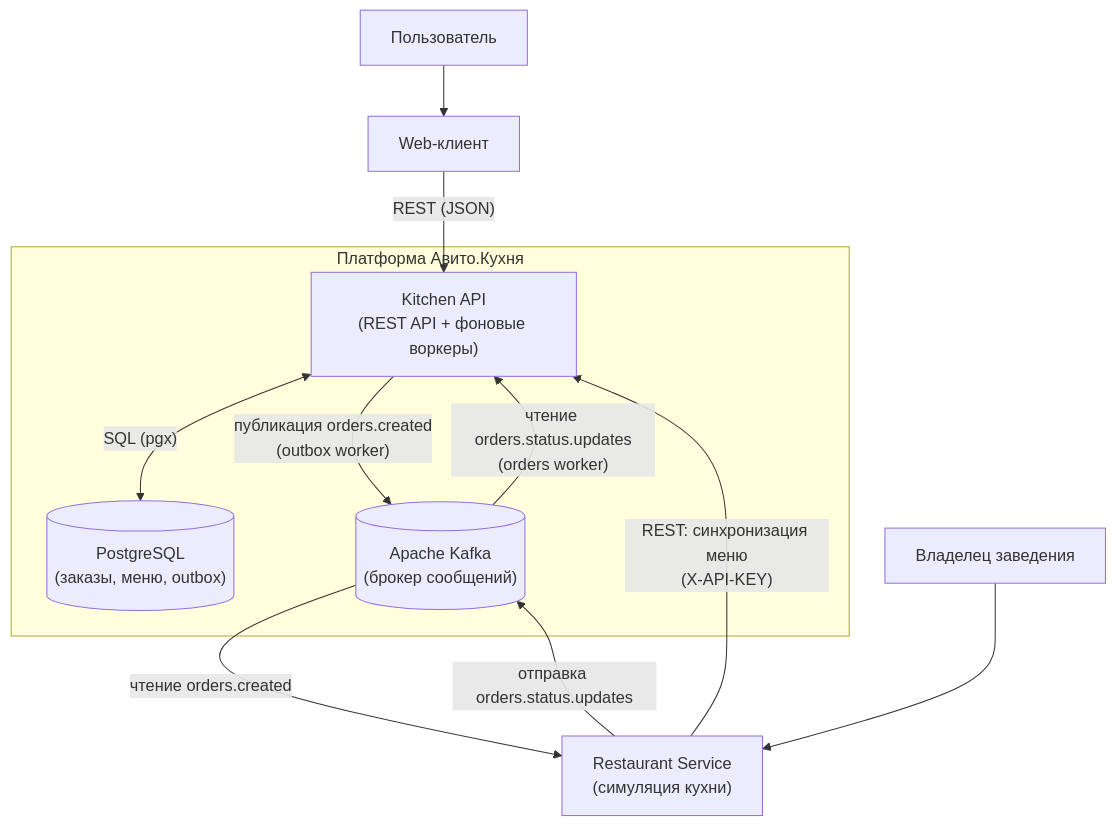
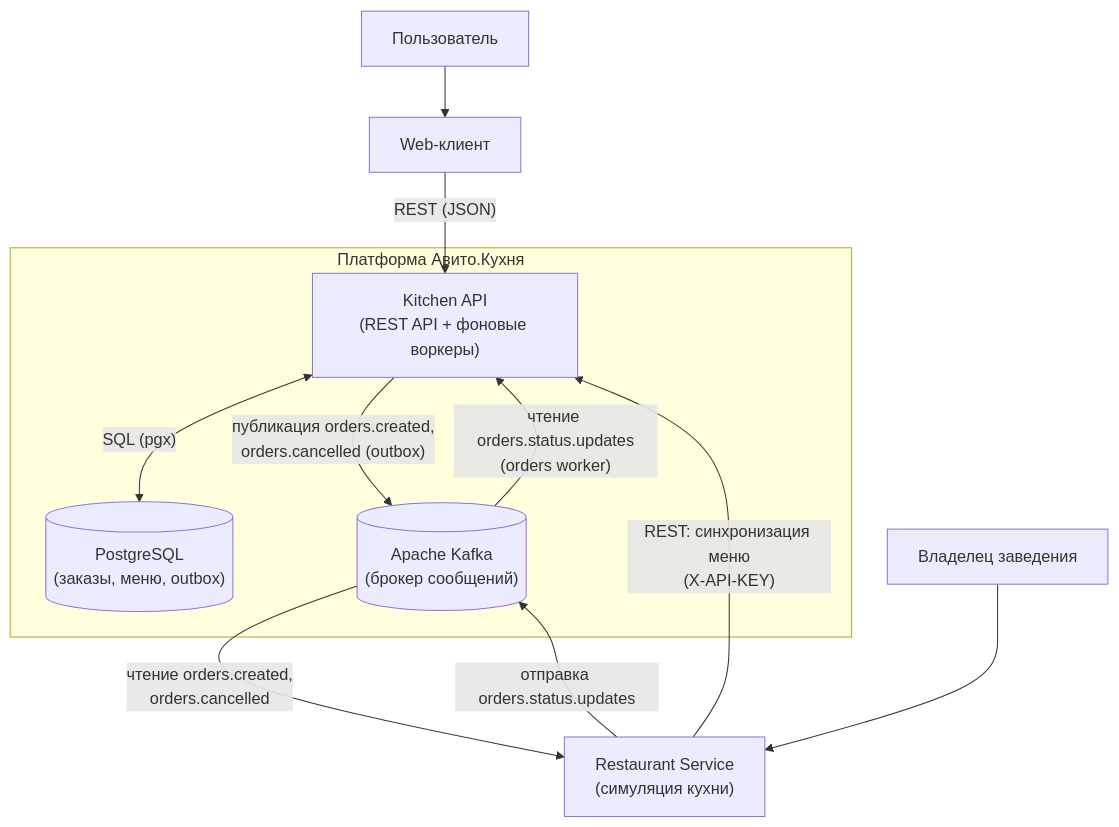
The diagram in docs/c4-level2.md (R0uT3r52/kitchen-api), drawn with Mermaid before and after one commit. The commit also changed other lines of this file and 9 other files, not shown here.

````diff
--- a/docs/c4-level2.md
+++ b/docs/c4-level2.md
@@ -3,26 +3,26 @@
 ```mermaid
 flowchart TB
     User["Пользователь"]
     Owner["Владелец заведения"]
 
     Client["Web-клиент"]
     RS["Restaurant Service<br/>(симуляция кухни)"]
 
     subgraph Platform ["Платформа Авито.Кухня"]
         API["Kitchen API<br/>(REST API + фоновые воркеры)"]
         DB[("PostgreSQL<br/>(заказы, меню, outbox)")]
         Kafka[("Apache Kafka<br/>(брокер сообщений)")]
     end
 
     User --> Client
     Client -->|"REST (JSON)"| API
     API <-->|"SQL (pgx)"| DB
 
-    API -->|"публикация orders.created<br/>(outbox worker)"| Kafka
+    API -->|"публикация orders.created,<br/>orders.cancelled (outbox)"| Kafka
     Kafka -->|"чтение orders.status.updates<br/>(orders worker)"| API
 
     Owner --> RS
     RS -->|"REST: синхронизация меню<br/>(X-API-KEY)"| API
-    Kafka -->|"чтение orders.created"| RS
+    Kafka -->|"чтение orders.created,<br/>orders.cancelled"| RS
     RS -->|"отправка orders.status.updates"| Kafka
 ```
````
